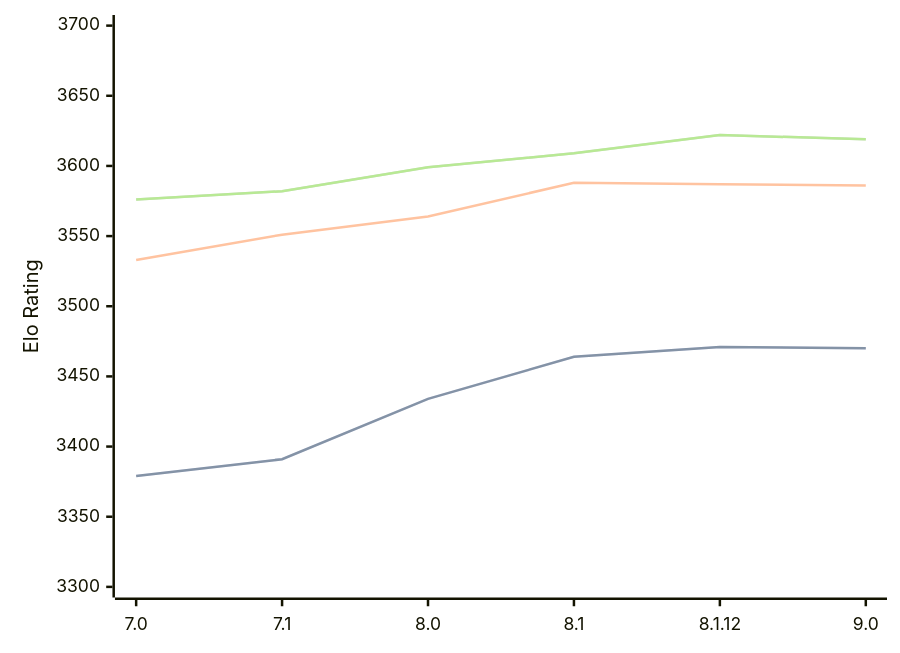
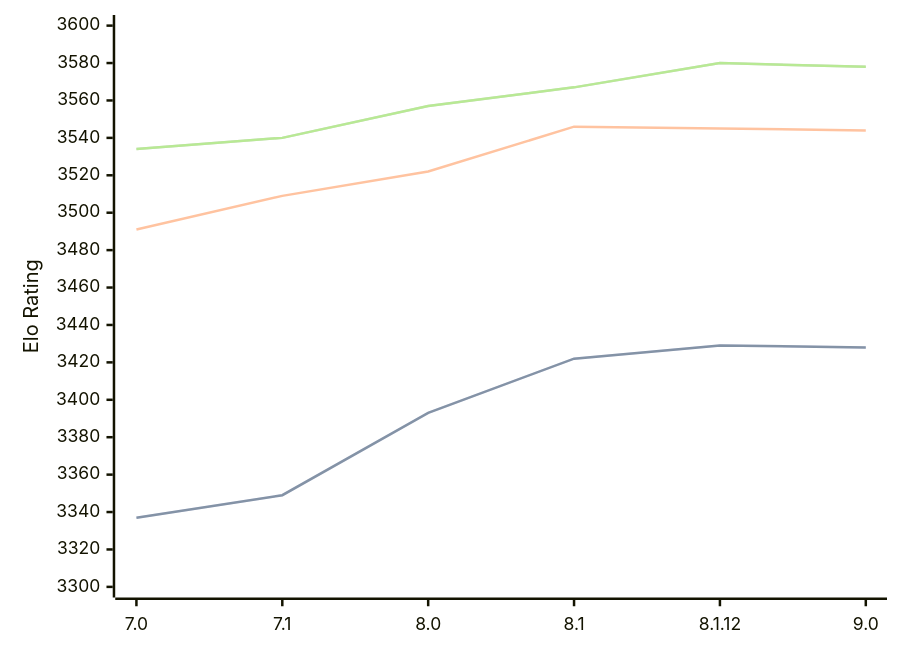
The diagram in engines/Alexandria.md (computer-chess-index/cci), drawn with Mermaid before and after one commit. The commit also changed other lines of this file, not shown here.

Commit message:
Update CCI Ratings (ELO VLTC) - 2026-05-19

````diff
--- a/engines/Alexandria.md
+++ b/engines/Alexandria.md
@@ -55,11 +55,11 @@
 ```mermaid
 %%{init: {"theme":"base","themeVariables":{"seriesColors:['#a3a3a3','#222221','#faa371']}}}%%
 xychart-beta
   x-axis ["7.0", "7.1", "8.0", "8.1", "8.1.12", "9.0"]
-  y-axis "Elo Rating" 3300 --> 3700
-  line "STC (8.0+0.08s)" [3379, 3391, 3434, 3464, 3471, 3470]
-  line "STC (8.0+0.08s)" [3379, 3391, 3434, 3464, 3471, 3470]
-  line "LTC (60.0+0.60s)" [3533, 3551, 3564, 3588, 3587, 3586]
-  line "VLTC (2m24s+1.12s)" [3576, 3582, 3599, 3609, 3622, 3619]
-  line "VLTC (2m24s+1.12s)" [3576, 3582, 3599, 3609, 3622, 3619]
+  y-axis "Elo Rating" 3300 --> 3600
+  line "STC (8.0+0.08s)" [3337, 3349, 3393, 3422, 3429, 3428]
+  line "STC (8.0+0.08s)" [3337, 3349, 3393, 3422, 3429, 3428]
+  line "LTC (60.0+0.60s)" [3491, 3509, 3522, 3546, 3545, 3544]
+  line "VLTC (2m24s+1.12s)" [3534, 3540, 3557, 3567, 3580, 3578]
+  line "VLTC (2m24s+1.12s)" [3534, 3540, 3557, 3567, 3580, 3578]
 ```
````
